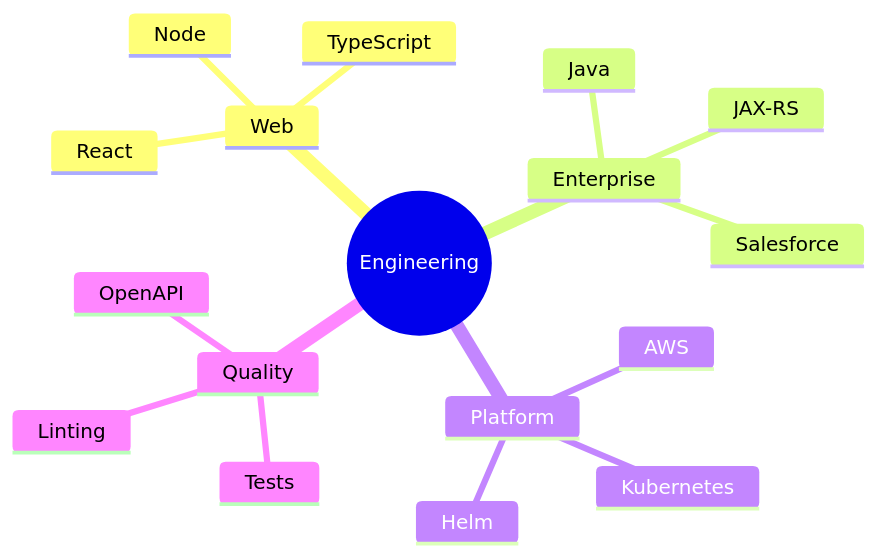
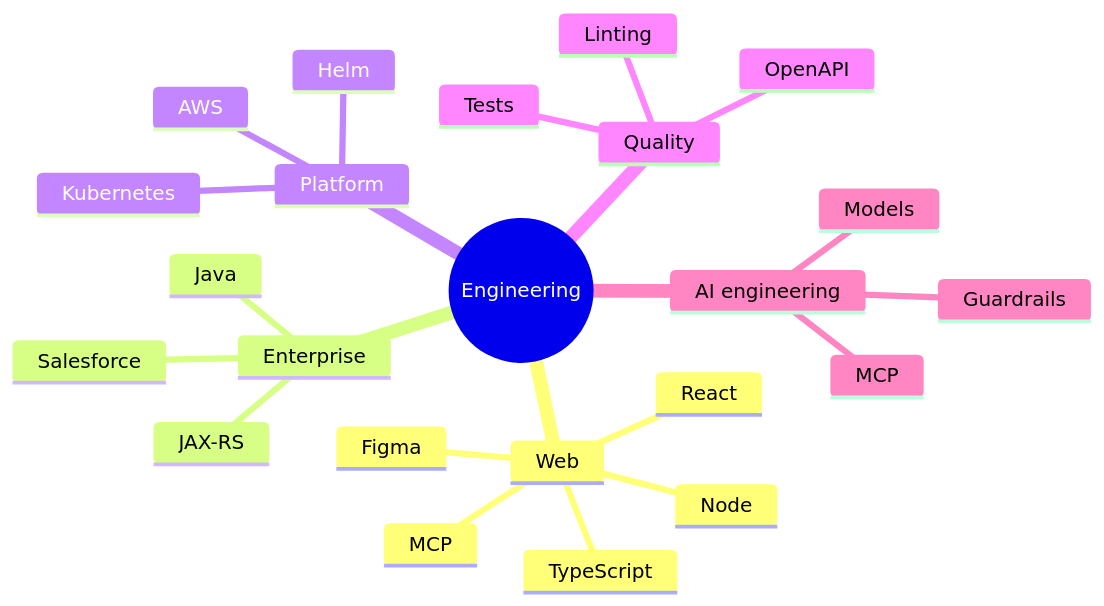
One commit to tomm1990/tomm1990 changed the third of 3 diagrams in README.md. Above: the diagram before and after it, drawn with Mermaid. The commit also changed other lines of this file, not shown here.

First line of the commit message:
docs(profile): fix trophy host, drop delivery diagram and public repos

````diff
--- a/README.md
+++ b/README.md
@@ -196,20 +177,26 @@
 ```mermaid
 mindmap
   root((Engineering))
     Web
       React
       TypeScript
+      Figma
+      MCP
       Node
     Enterprise
       Java
       JAX-RS
       Salesforce
     Platform
       AWS
       Kubernetes
       Helm
     Quality
       Tests
       Linting
       OpenAPI
+    AI engineering
+      Models
+      Guardrails
+      MCP
 ```
````
